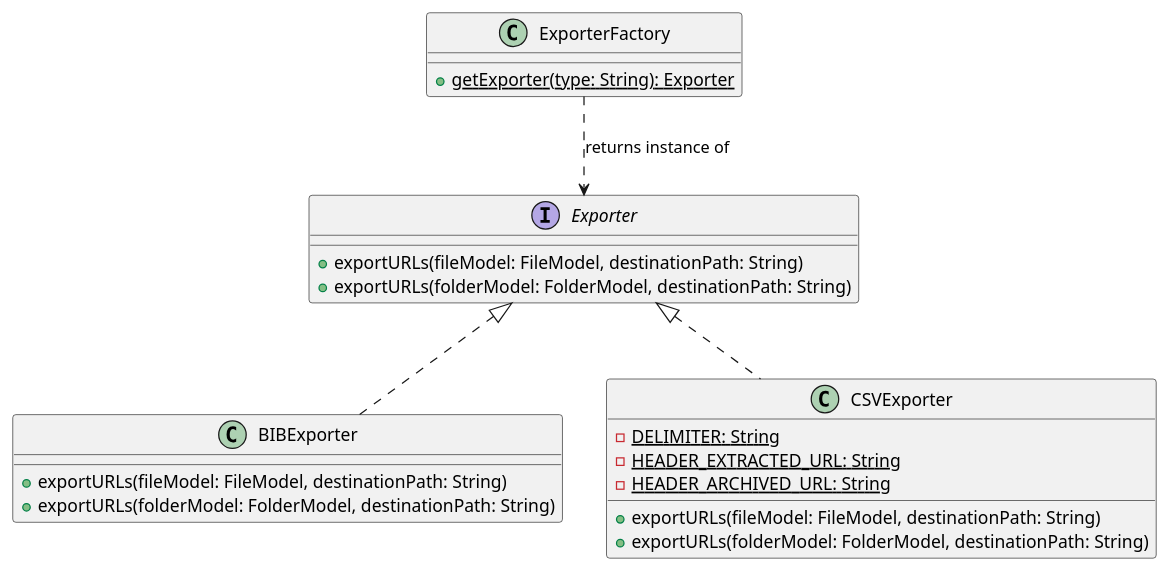
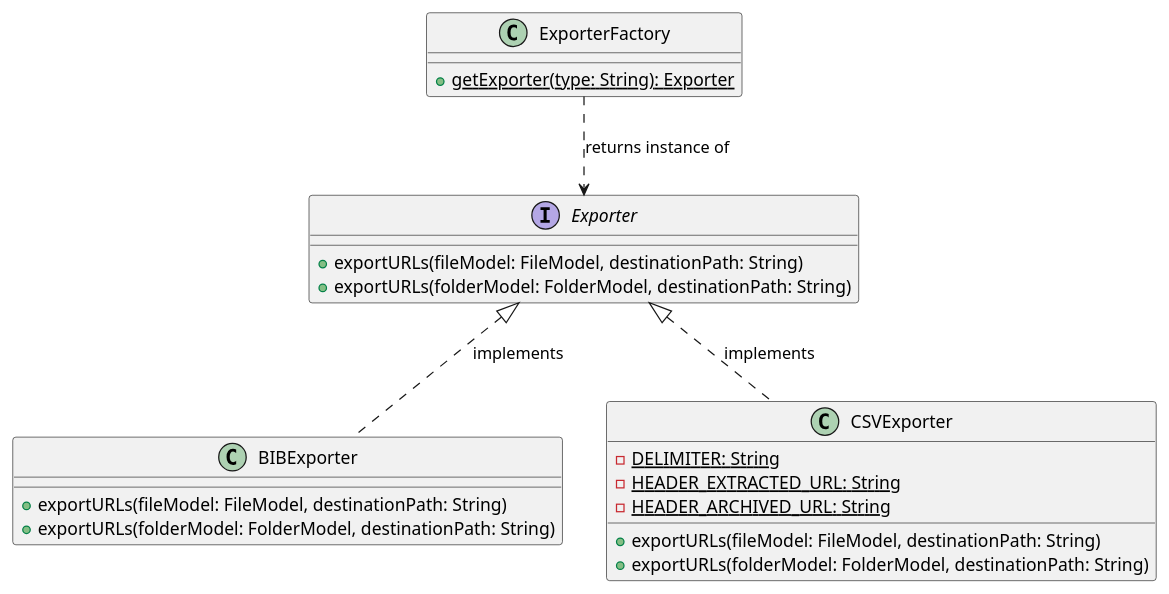
One commit to devobern/URL-Archiver changed the diagram in report/diagrams/ExporterFactory.puml. Above: the diagram before and after it, drawn with PlantUML. The commit also changed 1 other file, not shown here.

Commit message:
Doc: modify FileReaderFactory diagram

```diff
--- a/report/diagrams/ExporterFactory.puml
+++ b/report/diagrams/ExporterFactory.puml
@@ -1,31 +1,31 @@
 @startuml
 'https://plantuml.com/class-diagram
 
 
 interface Exporter {
 + exportURLs(fileModel: FileModel, destinationPath: String)
 + exportURLs(folderModel: FolderModel, destinationPath: String)
 }
 
 
 class BIBExporter {
 + exportURLs(fileModel: FileModel, destinationPath: String)
 + exportURLs(folderModel: FolderModel, destinationPath: String)
 }
-Exporter <|.. BIBExporter
+Exporter <|.. BIBExporter : implements
 
 class CSVExporter {
 - {static} DELIMITER: String
 - {static} HEADER_EXTRACTED_URL: String
 - {static} HEADER_ARCHIVED_URL: String
 + exportURLs(fileModel: FileModel, destinationPath: String)
 + exportURLs(folderModel: FolderModel, destinationPath: String)
 }
-Exporter <|.. CSVExporter
+Exporter <|.. CSVExporter : implements
 
 class ExporterFactory {
 + {static} getExporter(type: String): Exporter
 }
 ExporterFactory ..> Exporter : returns instance of
 
 @enduml
```
